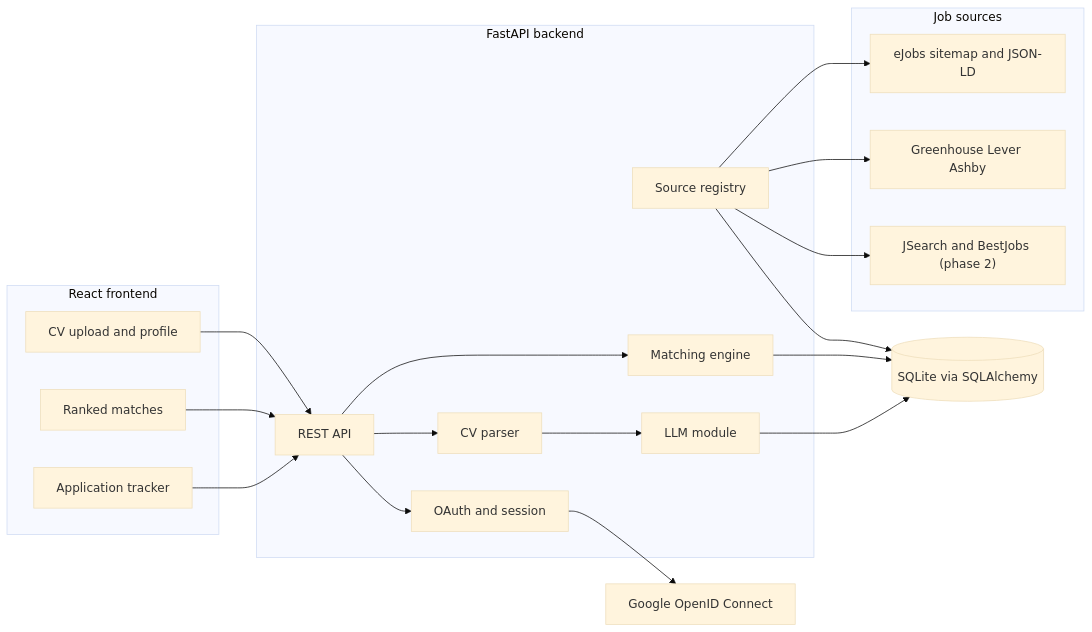
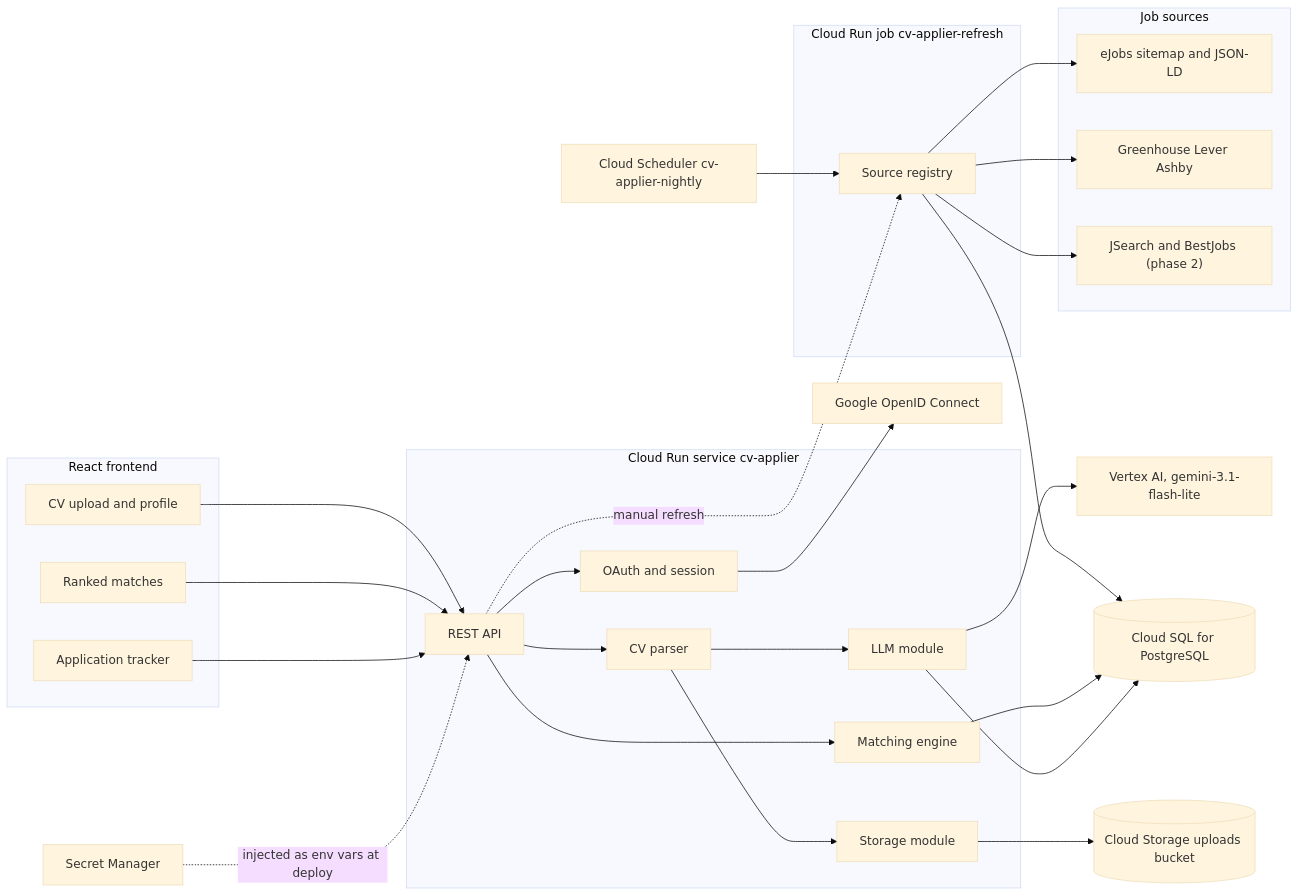
The first of 3 diagrams in PLAN.md (CatalinIonescu0922/LazyJobs), drawn with Mermaid (base theme) before and after one commit. The commit also changed other lines of this file and 4 other files, not shown here.

````diff
--- a/PLAN.md
+++ b/PLAN.md
@@ -76,34 +85,45 @@
 ```mermaid
 flowchart LR
   subgraph frontend [React frontend]
     Upload[CV upload and profile]
     Matches[Ranked matches]
     Tracker[Application tracker]
   end
-  subgraph backend [FastAPI backend]
+  subgraph service [Cloud Run service cv-applier]
     API[REST API]
     Auth[OAuth and session]
     CVParse[CV parser]
     LLM[LLM module]
     Match[Matching engine]
+    Store[Storage module]
+  end
+  subgraph refresh [Cloud Run job cv-applier-refresh]
     Fetch[Source registry]
   end
   subgraph sources [Job sources]
     EJobs[eJobs sitemap and JSON-LD]
     ATS[Greenhouse Lever Ashby]
     Later["JSearch and BestJobs (phase 2)"]
   end
   Google[Google OpenID Connect]
-  DB[(SQLite via SQLAlchemy)]
+  Vertex["Vertex AI, gemini-3.1-flash-lite"]
+  Secrets[Secret Manager]
+  Sched[Cloud Scheduler cv-applier-nightly]
+  DB[(Cloud SQL for PostgreSQL)]
+  Bucket[(Cloud Storage uploads bucket)]
 
-  Upload --> API --> CVParse --> LLM
+  Upload --> API --> CVParse --> LLM --> Vertex
+  CVParse --> Store --> Bucket
+  API --> Auth
   Auth --> Google
-  API --> Auth
+  Sched --> Fetch
+  API -. manual refresh .-> Fetch
   Fetch --> EJobs & ATS & Later
   Fetch --> DB
   Match --> DB
   API --> Match
   Matches --> API
   Tracker --> API
   LLM --> DB
+  Secrets -. injected as env vars at deploy .-> API
 ```
````
